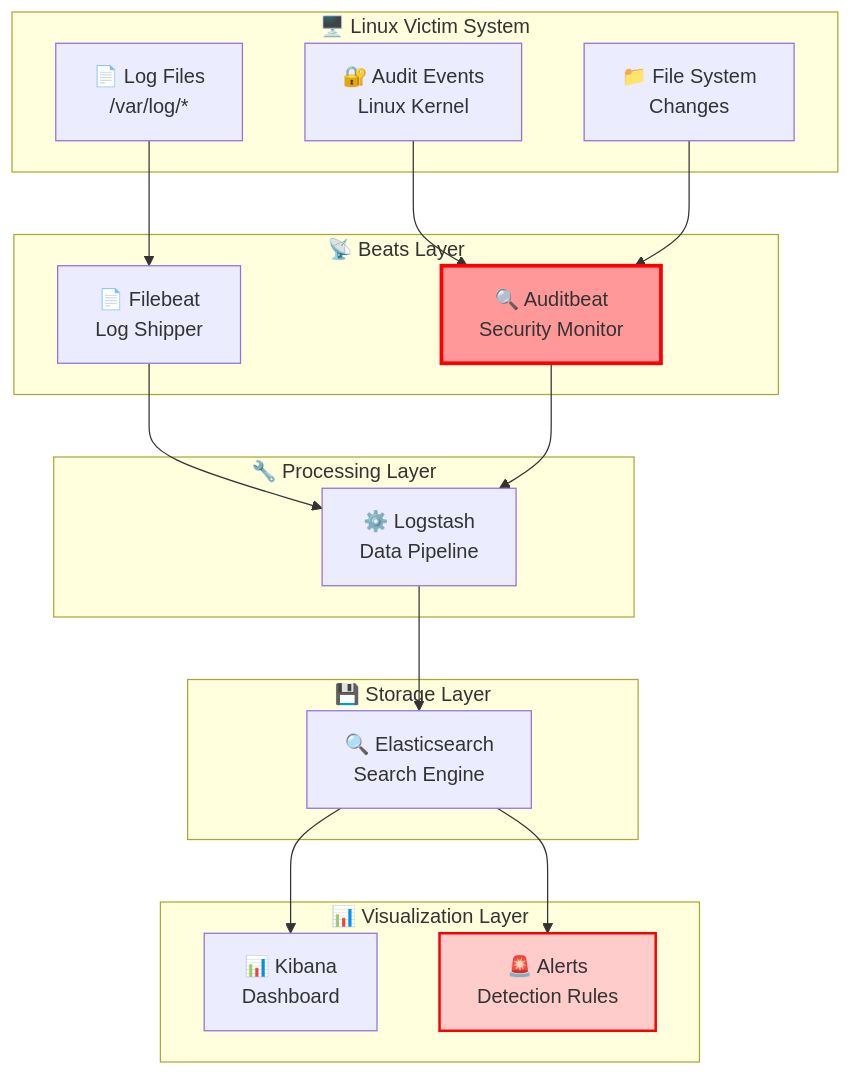
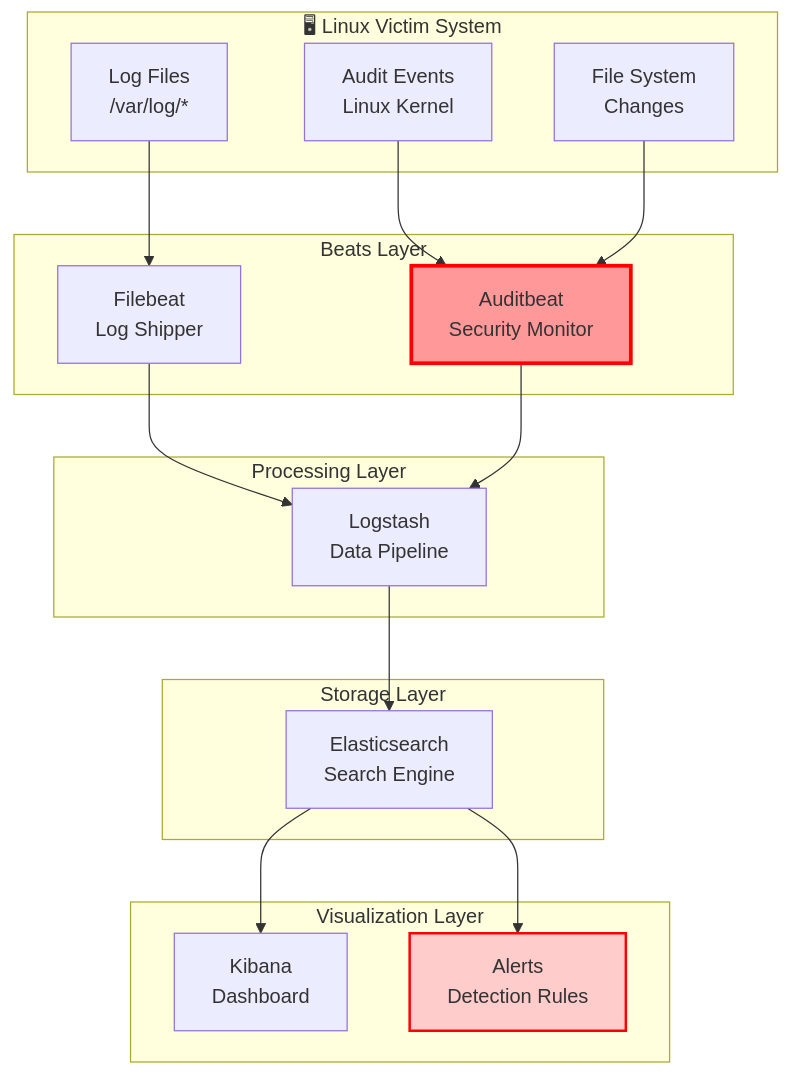
One commit to Ome9/Elastic-ReverseShell-Detection changed the fourth of 4 diagrams in README.md. Above: the diagram before and after it, drawn with Mermaid. The commit also changed other lines of this file, not shown here.

````diff
--- a/README.md
+++ b/README.md
@@ -363,38 +363,38 @@
 ```mermaid
 graph TB
-    subgraph "🖥️ Linux Victim System"
-        A[📄 Log Files<br/>/var/log/*]
-        B[🔐 Audit Events<br/>Linux Kernel]
-        C[📁 File System<br/>Changes]
+    subgraph "🖥 Linux Victim System"
+        A[ Log Files<br/>/var/log/*]
+        B[ Audit Events<br/>Linux Kernel]
+        C[ File System<br/>Changes]
     end
     
-    subgraph "📡 Beats Layer"
-        D[📄 Filebeat<br/>Log Shipper]
-        E[🔍 Auditbeat<br/>Security Monitor]
+    subgraph " Beats Layer"
+        D[ Filebeat<br/>Log Shipper]
+        E[ Auditbeat<br/>Security Monitor]
     end
     
-    subgraph "🔧 Processing Layer"
-        F[⚙️ Logstash<br/>Data Pipeline]
+    subgraph " Processing Layer"
+        F[ Logstash<br/>Data Pipeline]
     end
     
-    subgraph "💾 Storage Layer"
-        G[🔍 Elasticsearch<br/>Search Engine]
+    subgraph " Storage Layer"
+        G[ Elasticsearch<br/>Search Engine]
     end
     
-    subgraph "📊 Visualization Layer"
-        H[📊 Kibana<br/>Dashboard]
-        I[🚨 Alerts<br/>Detection Rules]
+    subgraph " Visualization Layer"
+        H[ Kibana<br/>Dashboard]
+        I[ Alerts<br/>Detection Rules]
     end
     
     A --> D
     B --> E
     C --> E
     D --> F
     E --> F
     F --> G
     G --> H
     G --> I
     
     style E fill:#ff9999,stroke:#ff0000,stroke-width:3px
     style I fill:#ffcccc,stroke:#ff0000,stroke-width:2px
 ```
````
